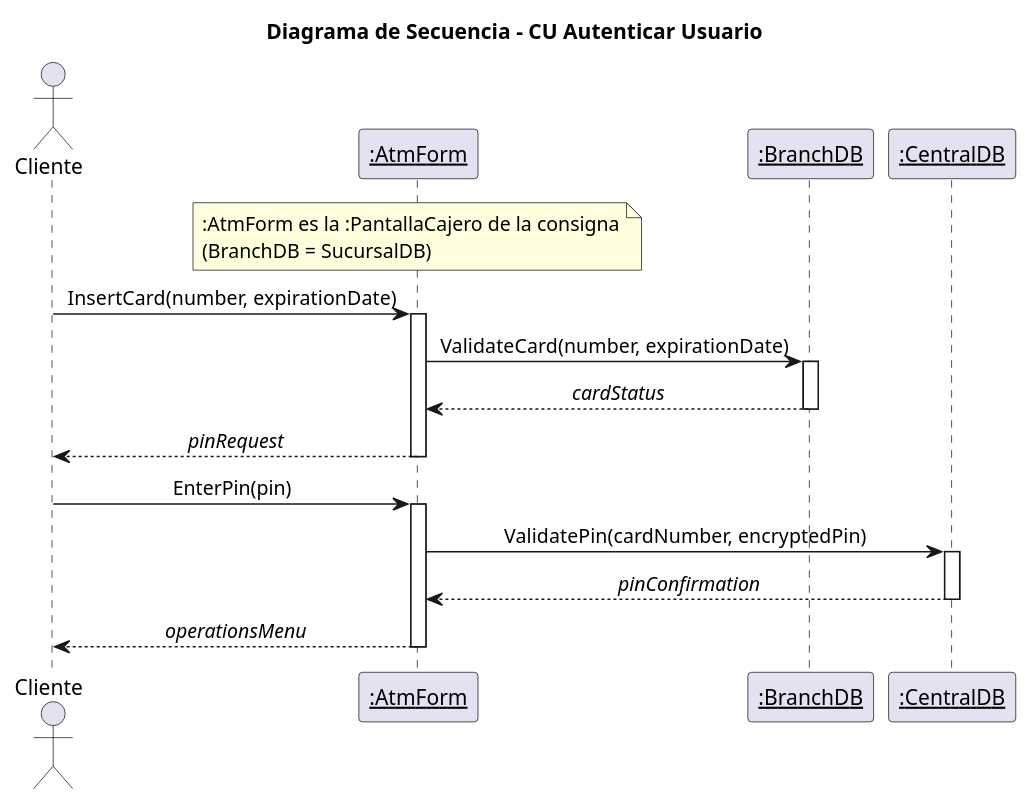
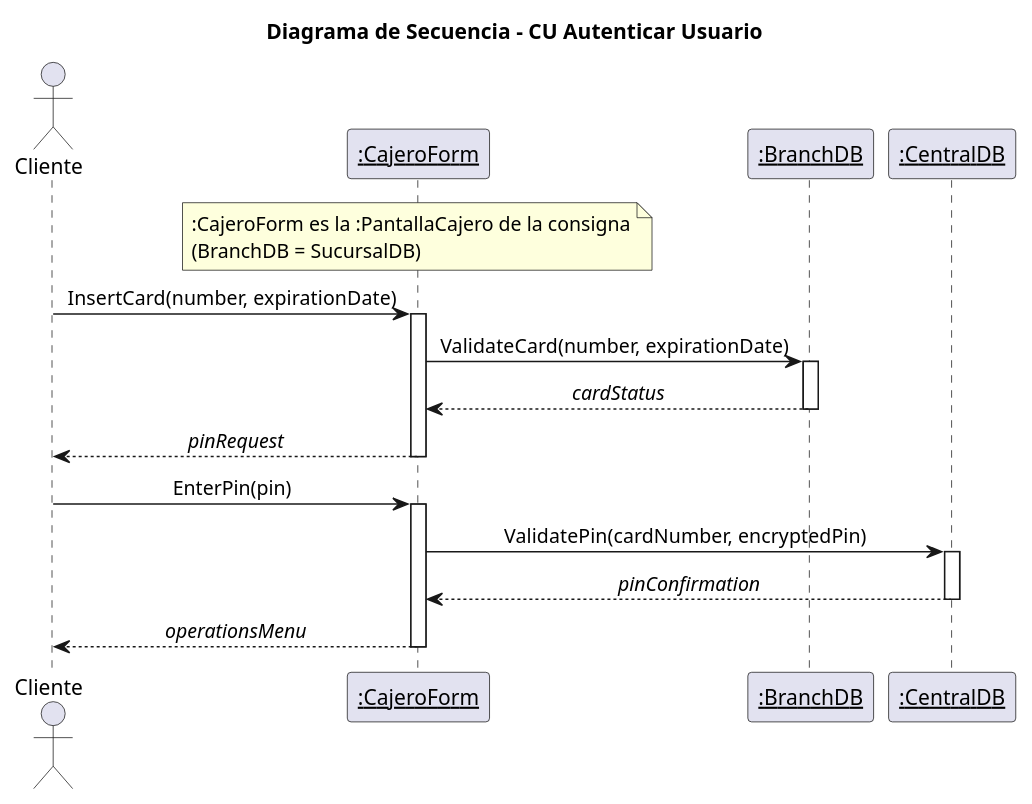
Before and after one commit to 4l3j0Ok/institute-third-year: the diagram in diseno-e-implementacion-de-sistemas/trabajo-integrador/diagrams/05_secuencia_autenticar.puml, drawn with PlantUML. The commit also changed 66 other files, not shown here.

```diff
--- a/diseno-e-implementacion-de-sistemas/trabajo-integrador/diagrams/05_secuencia_autenticar.puml
+++ b/diseno-e-implementacion-de-sistemas/trabajo-integrador/diagrams/05_secuencia_autenticar.puml
@@ -1,30 +1,30 @@
 @startuml 05_secuencia_autenticar
 title Diagrama de Secuencia - CU Autenticar Usuario
 skinparam shadowing false
 skinparam sequenceMessageAlign center
 
 actor Cliente
-participant "<u>:AtmForm</u>" as PC
+participant "<u>:CajeroForm</u>" as PC
 participant "<u>:BranchDB</u>" as SDB
 participant "<u>:CentralDB</u>" as CDB
 
-note over PC : :AtmForm es la :PantallaCajero de la consigna\n(BranchDB = SucursalDB)
+note over PC : :CajeroForm es la :PantallaCajero de la consigna\n(BranchDB = SucursalDB)
 
 Cliente -> PC : InsertCard(number, expirationDate)
 activate PC
 PC -> SDB : ValidateCard(number, expirationDate)
 activate SDB
 SDB --> PC : //cardStatus//
 deactivate SDB
 PC --> Cliente : //pinRequest//
 deactivate PC
 
 Cliente -> PC : EnterPin(pin)
 activate PC
 PC -> CDB : ValidatePin(cardNumber, encryptedPin)
 activate CDB
 CDB --> PC : //pinConfirmation//
 deactivate CDB
 PC --> Cliente : //operationsMenu//
 deactivate PC
 @enduml
```
